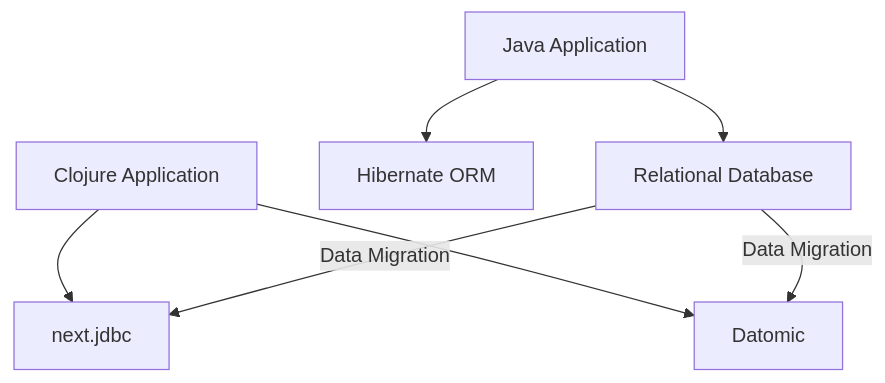
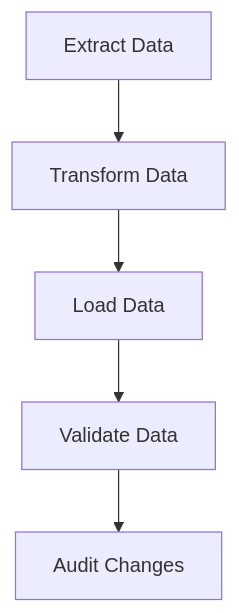
The diagram in content/3/14/1/index.md (MasteryEducation/ClojureForJava.com), drawn with Mermaid before and after one commit. The commit also changed other lines of this file and 74 other files, not shown here.

````diff
--- a/content/3/14/1/index.md
+++ b/content/3/14/1/index.md
@@ -170,9 +133,7 @@
 ```mermaid
 graph TD;
-    A[Java Application] --> B[Relational Database];
-    A --> C[Hibernate ORM];
-    D[Clojure Application] --> E[next.jdbc];
-    D --> F[Datomic];
-    B -->|Data Migration| E;
-    B -->|Data Migration| F;
+    A[Extract Data] --> B[Transform Data];
+    B --> C[Load Data];
+    C --> D[Validate Data];
+    D --> E[Audit Changes];
 ```
````
